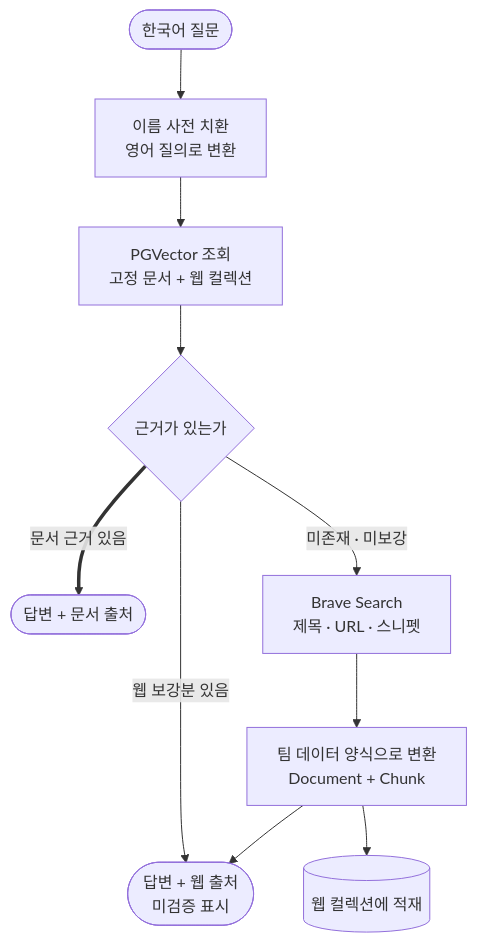
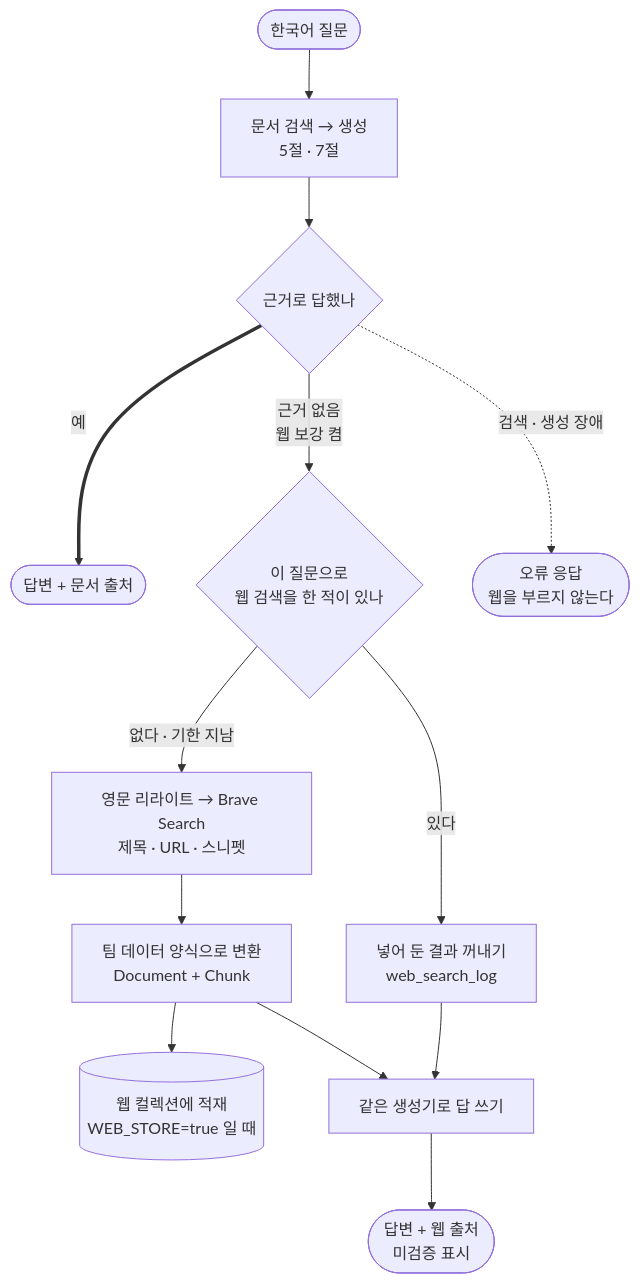
The fifth of 5 diagrams in docs/architecture.md (766min/ax-rag-cinema), drawn with Mermaid before and after one commit. The commit also changed other lines of this file and 4 other files, not shown here.

````diff
--- a/docs/architecture.md
+++ b/docs/architecture.md
@@ -248,12 +310,15 @@
 ```mermaid
 flowchart TB
-  Q(["한국어 질문"]) --> T["이름 사전 치환<br/>영어 질의로 변환"]
-  T --> V["PGVector 조회<br/>고정 문서 + 웹 컬렉션"]
-  V --> J{"근거가 있는가"}
-  J ==>|"문서 근거 있음"| A1(["답변 + 문서 출처"])
-  J -->|"웹 보강분 있음"| A2(["답변 + 웹 출처<br/>미검증 표시"])
-  J -->|"미존재 · 미보강"| B["Brave Search<br/>제목 · URL · 스니펫"]
+  Q(["한국어 질문"]) --> P["문서 검색 → 생성<br/>5절 · 7절"]
+  P --> J{"근거로 답했나"}
+  J ==>|"예"| A1(["답변 + 문서 출처"])
+  J -->|"근거 없음<br/>웹 보강 켬"| K{"이 질문으로<br/>웹 검색을 한 적이 있나"}
+  J -.->|"검색 · 생성 장애"| X(["오류 응답<br/>웹을 부르지 않는다"])
+  K -->|"있다"| C["넣어 둔 결과 꺼내기<br/>web_search_log"]
+  K -->|"없다 · 기한 지남"| B["영문 리라이트 → Brave Search<br/>제목 · URL · 스니펫"]
   B --> M["팀 데이터 양식으로 변환<br/>Document + Chunk"]
-  M --> L[("웹 컬렉션에 적재")]
-  M --> A2
+  M --> L[("웹 컬렉션에 적재<br/>WEB_STORE=true 일 때")]
+  M --> G["같은 생성기로 답 쓰기"]
+  C --> G
+  G --> A2(["답변 + 웹 출처<br/>미검증 표시"])
 ```
````
